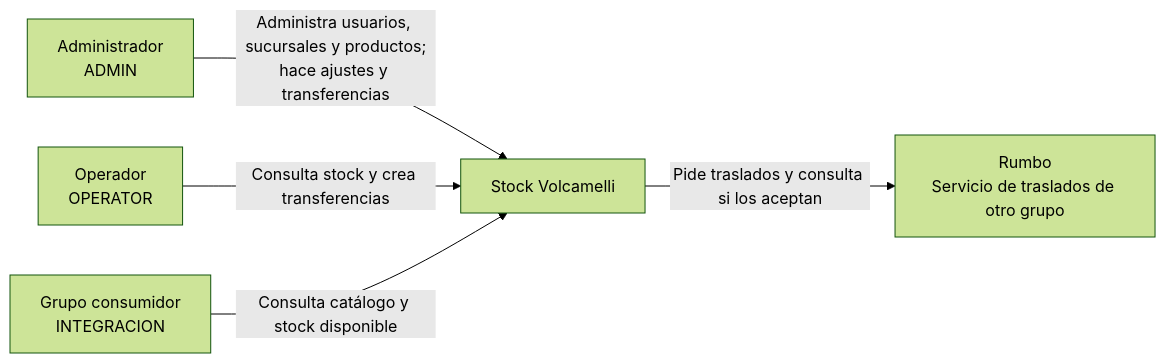
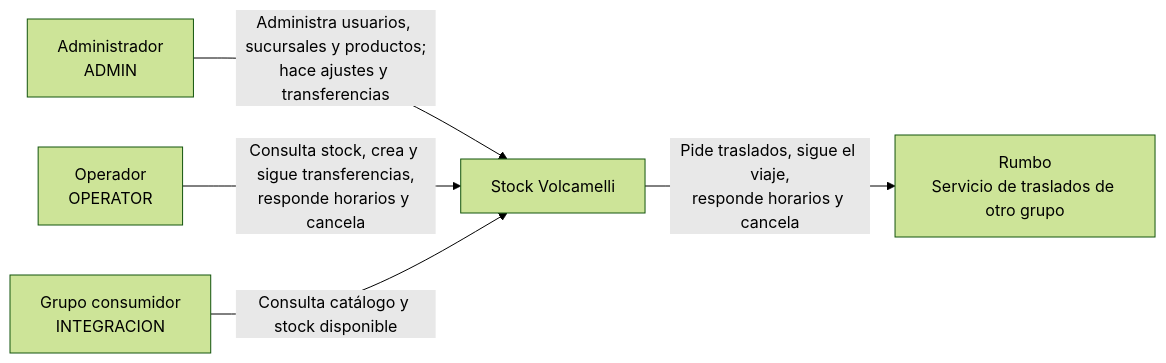
The diagram in docs/diagramas/contexto.md (tomyvolo/Stock-Volcamelli), drawn with Mermaid (forest theme) before and after one commit. The commit also changed other lines of this file and 12 other files, not shown here.

````diff
--- a/docs/diagramas/contexto.md
+++ b/docs/diagramas/contexto.md
@@ -5,13 +5,13 @@
 ```mermaid
 flowchart LR
     A["Administrador<br/>ADMIN"]
     O["Operador<br/>OPERATOR"]
     C["Grupo consumidor<br/>INTEGRACION"]
     SV["Stock Volcamelli"]
     R["Rumbo<br/>Servicio de traslados de otro grupo"]
 
     A -->|"Administra usuarios, sucursales y productos;<br/>hace ajustes y transferencias"| SV
-    O -->|"Consulta stock y crea transferencias"| SV
+    O -->|"Consulta stock, crea y sigue transferencias,<br/>responde horarios y cancela"| SV
     C -->|"Consulta catálogo y stock disponible"| SV
-    SV -->|"Pide traslados y consulta si los aceptan"| R
+    SV -->|"Pide traslados, sigue el viaje,<br/>responde horarios y cancela"| R
 ```
````
